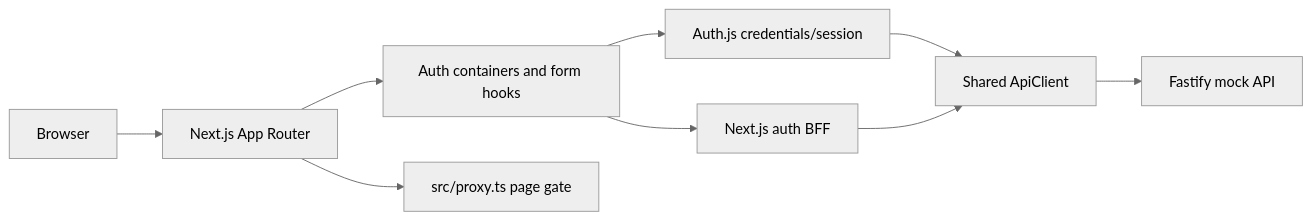
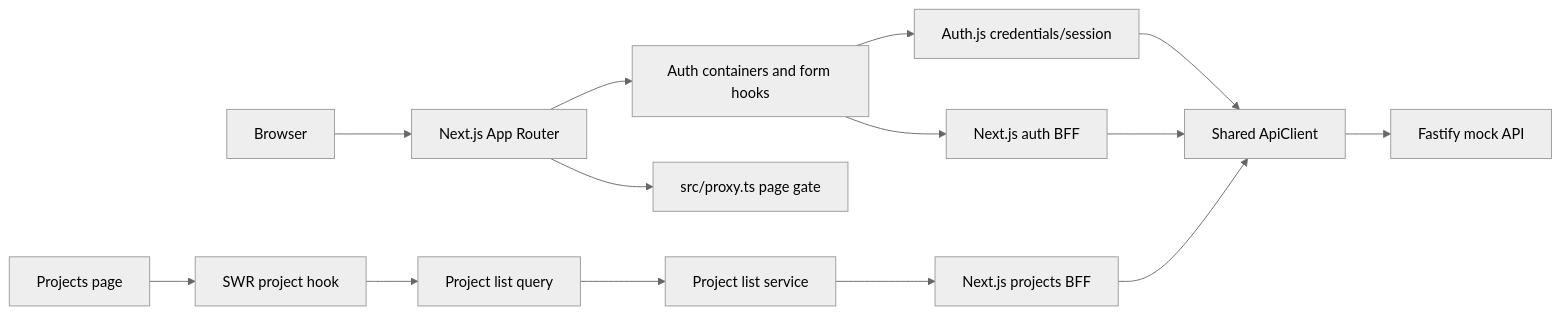
Before and after one commit to mohammad-yg/mini-jira: the first of 2 diagrams in docs/architecture.md, drawn with Mermaid (neutral theme). The commit also changed other lines of this file and 6 other files, not shown here.

Commit message:
Connect projects page to authenticated API

````diff
--- a/docs/architecture.md
+++ b/docs/architecture.md
@@ -5,11 +5,16 @@
 ```mermaid
 flowchart LR
   Browser --> AppRouter[Next.js App Router]
   AppRouter --> AuthUI[Auth containers and form hooks]
   AuthUI --> AuthJS[Auth.js credentials/session]
   AuthJS --> ApiClient[Shared ApiClient]
   AuthUI --> AuthBFF[Next.js auth BFF]
   AuthBFF --> ApiClient
+  ProjectUI[Projects page] --> ProjectHook[SWR project hook]
+  ProjectHook --> ProjectQuery[Project list query]
+  ProjectQuery --> ProjectService[Project list service]
+  ProjectService --> ProjectsBFF[Next.js projects BFF]
+  ProjectsBFF --> ApiClient
   ApiClient --> MockAPI[Fastify mock API]
   AppRouter --> Proxy[src/proxy.ts page gate]
 ```
````
